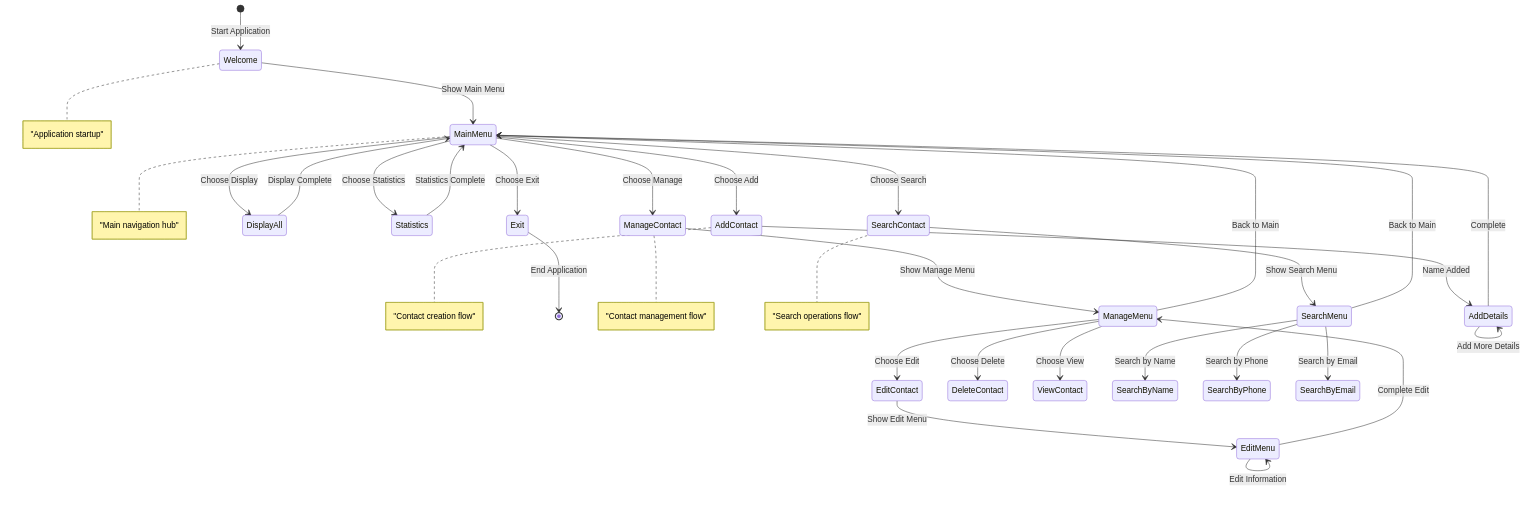
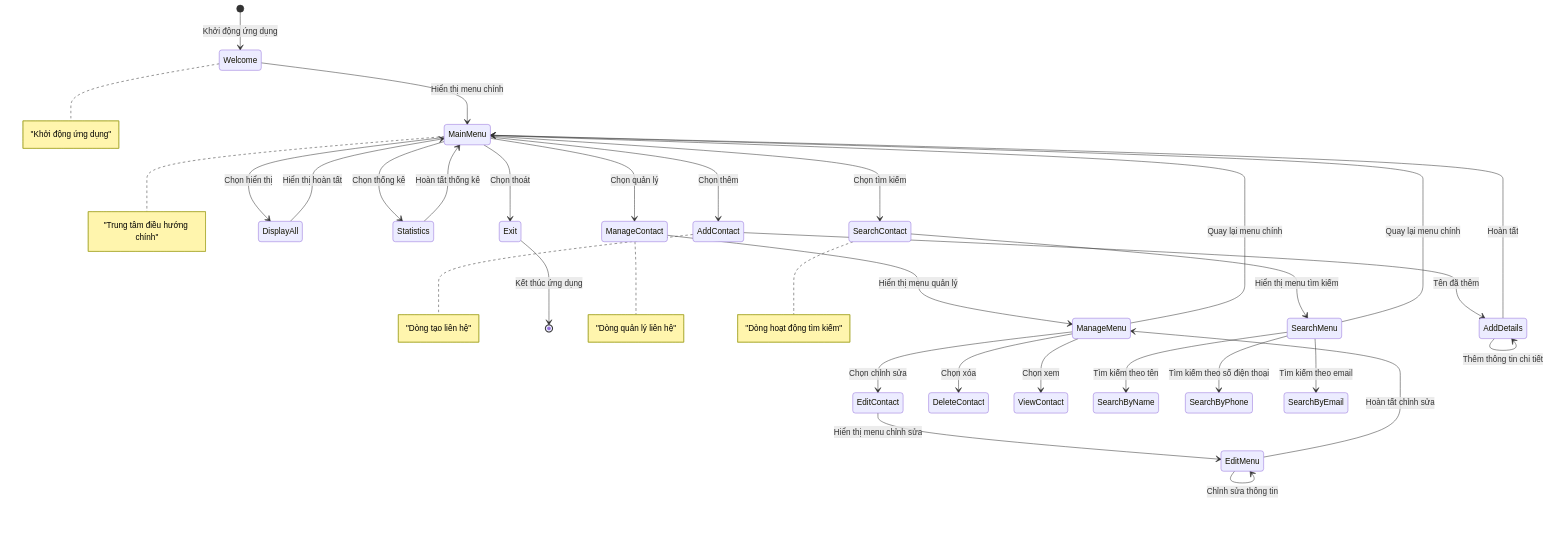
Diagram 14 of 15 in docs/UML_Documentation_Improved.md (TaiLoiZzzz/DSA_PROJECT), drawn with Mermaid before and after one commit. The commit also changed other lines of this file and 1 other file, not shown here.

````diff
--- a/docs/UML_Documentation_Improved.md
+++ b/docs/UML_Documentation_Improved.md
@@ -696,42 +696,42 @@
 ```mermaid
 stateDiagram-v2
-    [*] --> Welcome: Start Application
-    Welcome --> MainMenu: Show Main Menu
-    MainMenu --> AddContact: Choose Add
-    MainMenu --> ManageContact: Choose Manage
-    MainMenu --> SearchContact: Choose Search
-    MainMenu --> DisplayAll: Choose Display
-    MainMenu --> Statistics: Choose Statistics
-    MainMenu --> Exit: Choose Exit
+    [*] --> Welcome: Khởi động ứng dụng
+    Welcome --> MainMenu: Hiển thị menu chính
+    MainMenu --> AddContact: Chọn thêm
+    MainMenu --> ManageContact: Chọn quản lý
+    MainMenu --> SearchContact: Chọn tìm kiếm
+    MainMenu --> DisplayAll: Chọn hiển thị
+    MainMenu --> Statistics: Chọn thống kê
+    MainMenu --> Exit: Chọn thoát
     
-    AddContact --> AddDetails: Name Added
-    AddDetails --> AddDetails: Add More Details
-    AddDetails --> MainMenu: Complete
+    AddContact --> AddDetails: Tên đã thêm
+    AddDetails --> AddDetails: Thêm thông tin chi tiết
+    AddDetails --> MainMenu: Hoàn tất
     
-    ManageContact --> ManageMenu: Show Manage Menu
-    ManageMenu --> EditContact: Choose Edit
-    ManageMenu --> DeleteContact: Choose Delete
-    ManageMenu --> ViewContact: Choose View
-    ManageMenu --> MainMenu: Back to Main
+    ManageContact --> ManageMenu: Hiển thị menu quản lý
+    ManageMenu --> EditContact: Chọn chỉnh sửa
+    ManageMenu --> DeleteContact: Chọn xóa
+    ManageMenu --> ViewContact: Chọn xem
+    ManageMenu --> MainMenu: Quay lại menu chính
     
-    EditContact --> EditMenu: Show Edit Menu
-    EditMenu --> EditMenu: Edit Information
-    EditMenu --> ManageMenu: Complete Edit
+    EditContact --> EditMenu: Hiển thị menu chỉnh sửa
+    EditMenu --> EditMenu: Chỉnh sửa thông tin
+    EditMenu --> ManageMenu: Hoàn tất chỉnh sửa
     
-    SearchContact --> SearchMenu: Show Search Menu
-    SearchMenu --> SearchByName: Search by Name
-    SearchMenu --> SearchByPhone: Search by Phone
-    SearchMenu --> SearchByEmail: Search by Email
-    SearchMenu --> MainMenu: Back to Main
+    SearchContact --> SearchMenu: Hiển thị menu tìm kiếm
+    SearchMenu --> SearchByName: Tìm kiếm theo tên
+    SearchMenu --> SearchByPhone: Tìm kiếm theo số điện thoại
+    SearchMenu --> SearchByEmail: Tìm kiếm theo email
+    SearchMenu --> MainMenu: Quay lại menu chính
     
-    DisplayAll --> MainMenu: Display Complete
-    Statistics --> MainMenu: Statistics Complete
+    DisplayAll --> MainMenu: Hiển thị hoàn tất
+    Statistics --> MainMenu: Hoàn tất thống kê
     
-    Exit --> [*]: End Application
+    Exit --> [*]: Kết thúc ứng dụng
     
-    note right of Welcome : "Application startup"
-    note right of MainMenu : "Main navigation hub"
-    note right of AddContact : "Contact creation flow"
-    note right of ManageContact : "Contact management flow"
-    note right of SearchContact : "Search operations flow"
+    note right of Welcome : "Khởi động ứng dụng"
+    note right of MainMenu : "Trung tâm điều hướng chính"
+    note right of AddContact : "Dòng tạo liên hệ"
+    note right of ManageContact : "Dòng quản lý liên hệ"
+    note right of SearchContact : "Dòng hoạt động tìm kiếm"
 ```
````
